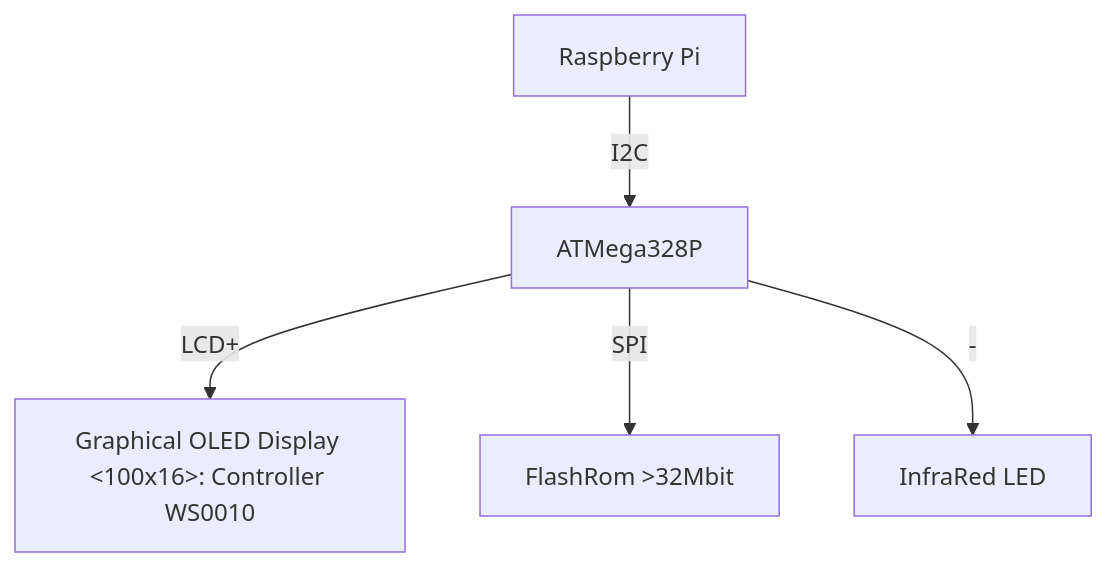
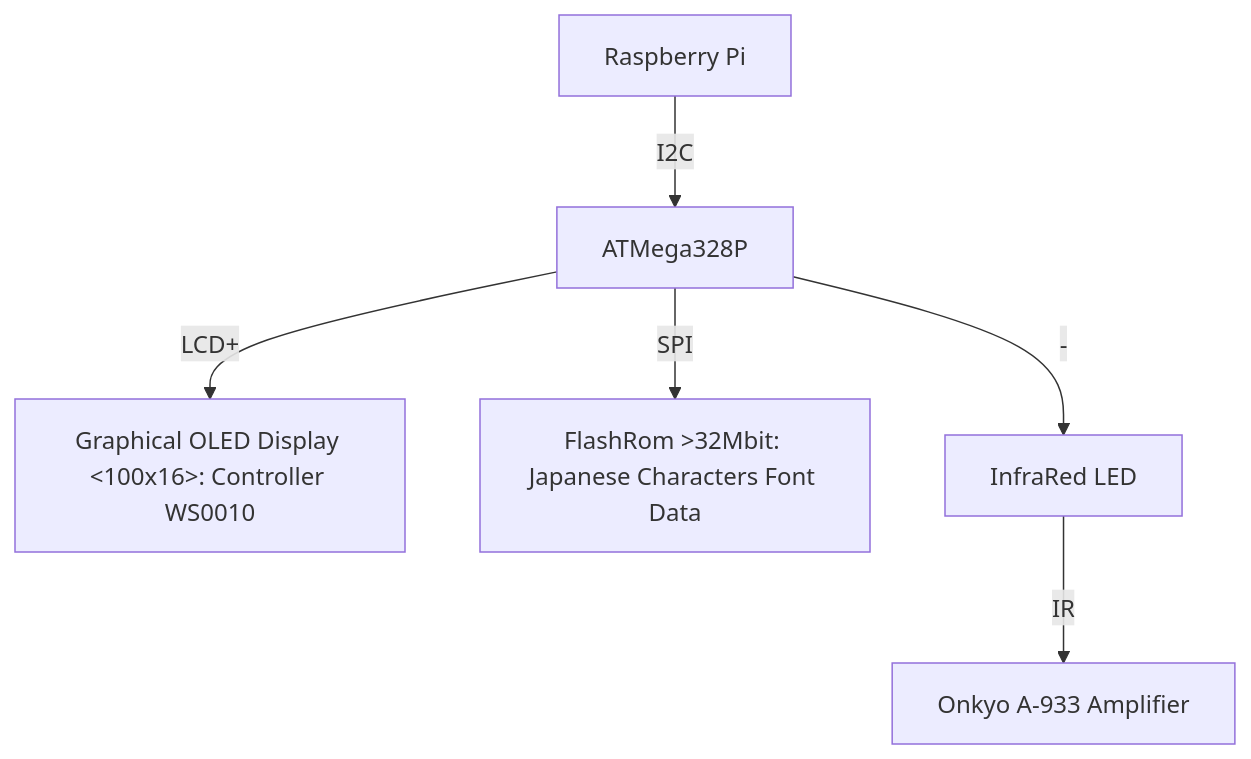
Before and after one commit to platunus/RPiAudioDisplay: the diagram in README.md, drawn with Mermaid. The commit also changed other lines of this file, not shown here.

````diff
--- a/README.md
+++ b/README.md
@@ -4,8 +4,9 @@
 ```mermaid
 graph TD
     a[Raspberry Pi] -->|I2C| b[ATMega328P]
     b -->|LCD+| c[Graphical OLED Display <100x16>: Controller WS0010]
-    b -->|SPI| d[FlashRom >32Mbit]
+    b -->|SPI| d[FlashRom >32Mbit: Japanese Characters Font Data]
     b -->|-| e[InfraRed LED]
+    e -->|IR| f[Onkyo A-933 Amplifier]
     click c "https://strawberry-linux.com/catalog/items?code=27343" _blank
 ```
````
